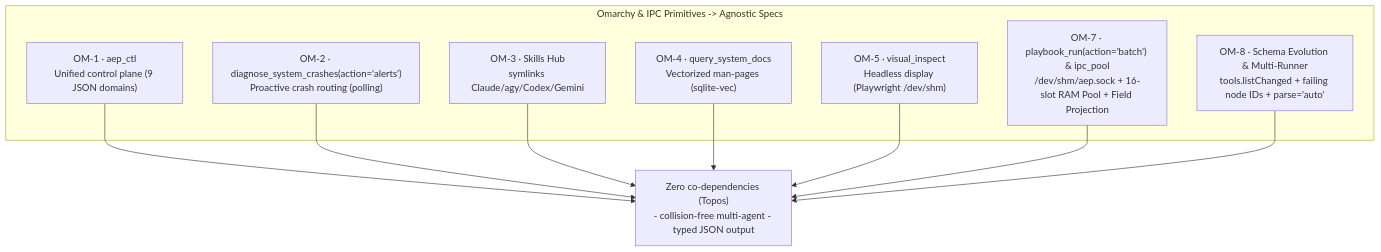
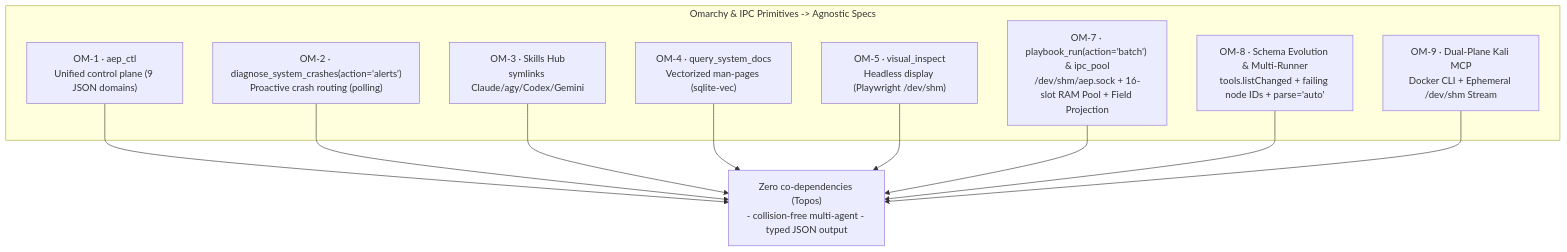
One commit to ancrz/agent-execution-plane changed the tenth of 16 diagrams in README.md. Above: the diagram before and after it, drawn with Mermaid. The commit also changed other lines of this file and 5 other files, not shown here.

````diff
--- a/README.md
+++ b/README.md
@@ -608,13 +626,14 @@
 ```mermaid
 flowchart TD
     subgraph OM["Omarchy & IPC Primitives -> Agnostic Specs"]
         S1["OM-1 · aep_ctl<br/>Unified control plane (9 JSON domains)"]
         S2["OM-2 · diagnose_system_crashes(action='alerts')<br/>Proactive crash routing (polling)"]
         S3["OM-3 · Skills Hub<br/>symlinks Claude/agy/Codex/Gemini"]
         S4["OM-4 · query_system_docs<br/>Vectorized man-pages (sqlite-vec)"]
         S5["OM-5 · visual_inspect<br/>Headless display (Playwright /dev/shm)"]
         S7["OM-7 · playbook_run(action='batch') & ipc_pool<br/>/dev/shm/aep.sock + 16-slot RAM Pool + Field Projection"]
         S8["OM-8 · Schema Evolution & Multi-Runner<br/>tools.listChanged + failing node IDs + parse='auto'"]
+        S9["OM-9 · Dual-Plane Kali MCP<br/>Docker CLI + Ephemeral /dev/shm Stream"]
     end
-    S1 & S2 & S3 & S4 & S5 & S7 & S8 --> V["Zero co-dependencies (Topos)<br/>- collision-free multi-agent - typed JSON output"]
+    S1 & S2 & S3 & S4 & S5 & S7 & S8 & S9 --> V["Zero co-dependencies (Topos)<br/>- collision-free multi-agent - typed JSON output"]
 ```
````
